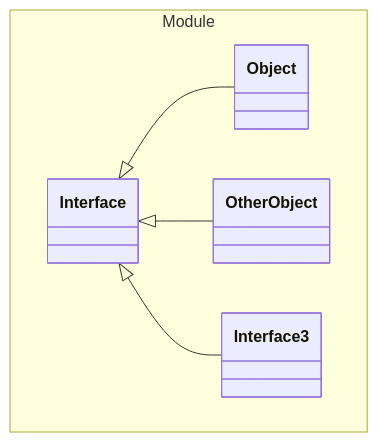
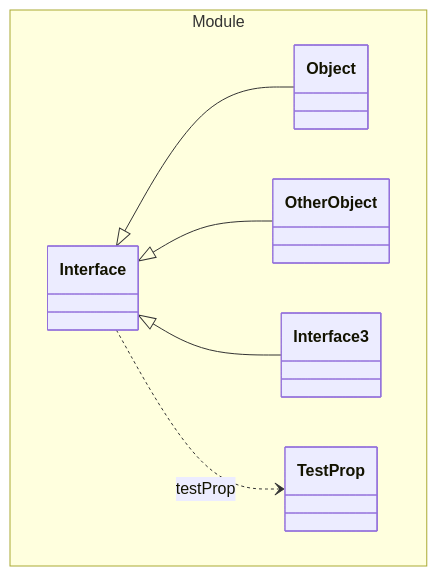
The diagram in tests/java/expected/Module/Interface.yaml.md (lizzyTheLizard/domain-schema-documentation), drawn with Mermaid before and after one commit. The commit also changed other lines of this file and 93 other files, not shown here.

````diff
--- a/tests/java/expected/Module/Interface.yaml.md
+++ b/tests/java/expected/Module/Interface.yaml.md
@@ -4,16 +5,19 @@
 ```mermaid
 classDiagram
 namespace Module {
   class _Module_Interface_yaml["Interface"]
+  class TestProp["TestProp"]
+  class Interface3["Interface3"]
   class OtherObject["OtherObject"]
-  class Interface3["Interface3"]
   class _Module_Object_yaml["Object"]
 }
 _Module_Interface_yaml <|-- _Module_Object_yaml 
 _Module_Interface_yaml <|-- OtherObject 
 _Module_Interface_yaml <|-- Interface3 
+_Module_Interface_yaml ..> TestProp :testProp
 click _Module_Interface_yaml href "./Interface.yaml.html" "Interface"
+click TestProp href "./Interface.yaml.html" "Interface"
+click Interface3 href "./Interface.yaml.html" "Interface"
 click OtherObject href "./Interface.yaml.html" "Interface"
-click Interface3 href "./Interface.yaml.html" "Interface"
 click _Module_Object_yaml href "./Object.yaml.html" "Object"
 ```
````
